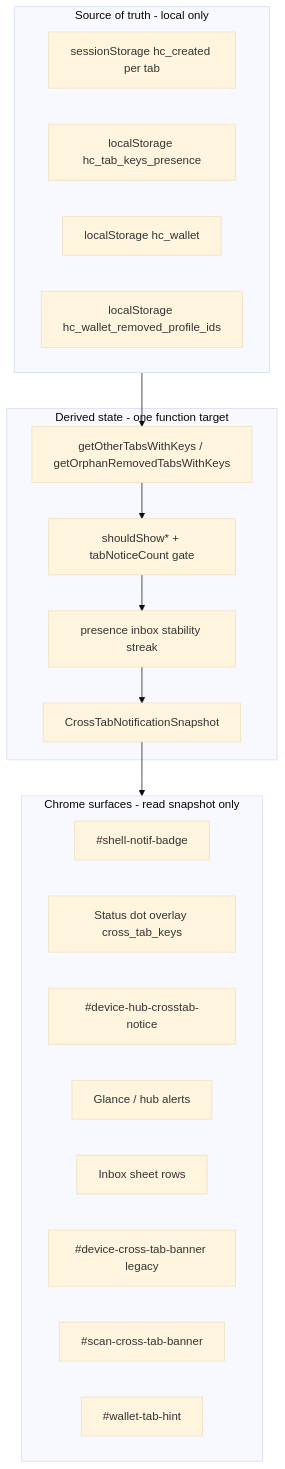
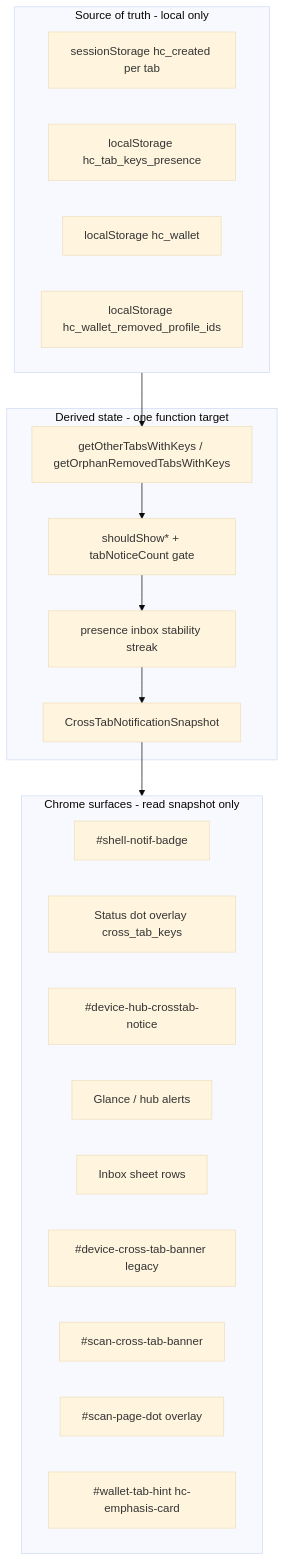
The diagram in docs/CROSS_TAB_KEYS_NOTIFICATION_SYSTEM.md (h6811127/humanity.llc), drawn with Mermaid (base theme) before and after one commit. The commit also changed other lines of this file and 243 other files, not shown here.

````diff
--- a/docs/CROSS_TAB_KEYS_NOTIFICATION_SYSTEM.md
+++ b/docs/CROSS_TAB_KEYS_NOTIFICATION_SYSTEM.md
@@ -24,30 +24,31 @@
 ```mermaid
 flowchart TB
   subgraph truth [Source of truth - local only]
     SS["sessionStorage hc_created per tab"]
     LS["localStorage hc_tab_keys_presence"]
     WALLET["localStorage hc_wallet"]
     DENY["localStorage hc_wallet_removed_profile_ids"]
   end
 
   subgraph derive [Derived state - one function target]
     RAW["getOtherTabsWithKeys / getOrphanRemovedTabsWithKeys"]
     GATE["shouldShow* + tabNoticeCount gate"]
     STAB["presence inbox stability streak"]
     SNAP["CrossTabNotificationSnapshot"]
   end
 
   subgraph chrome [Chrome surfaces - read snapshot only]
     BADGE["#shell-notif-badge"]
     DOT["Status dot overlay cross_tab_keys"]
     HUB["#device-hub-crosstab-notice"]
     GLANCE["Glance / hub alerts"]
     SHEET["Inbox sheet rows"]
     BANNER["#device-cross-tab-banner legacy"]
     SCAN["#scan-cross-tab-banner"]
-    WALLET_HINT["#wallet-tab-hint"]
+    SCAN_DOT["#scan-page-dot overlay"]
+    WALLET_HINT["#wallet-tab-hint hc-emphasis-card"]
   end
 
   truth --> RAW --> GATE --> STAB --> SNAP
   SNAP --> chrome
 ```
````
